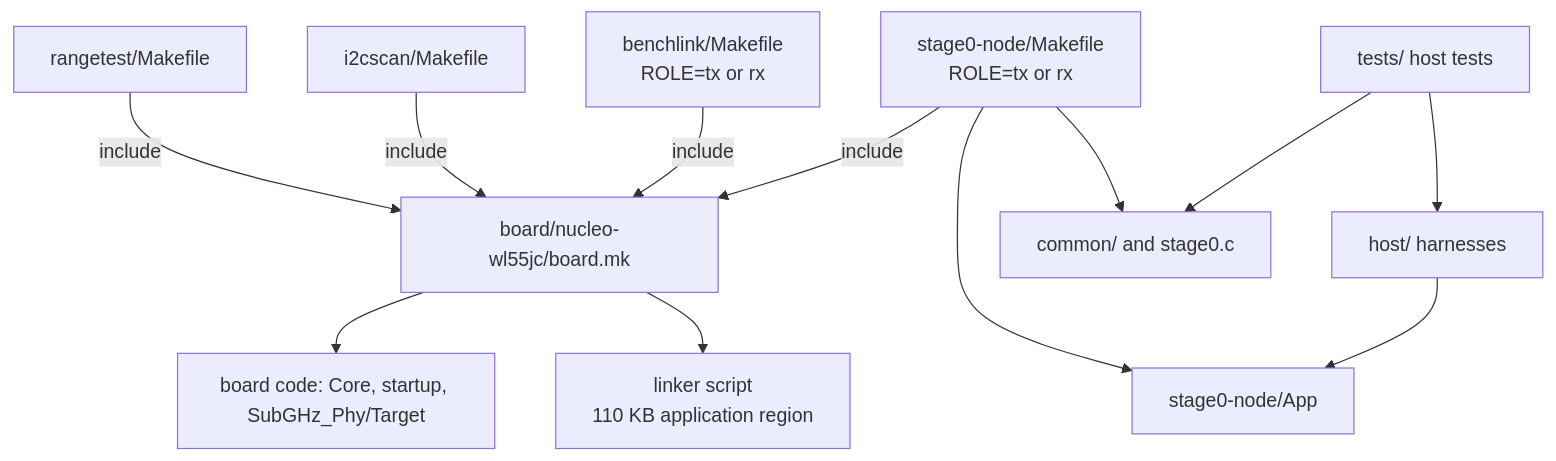
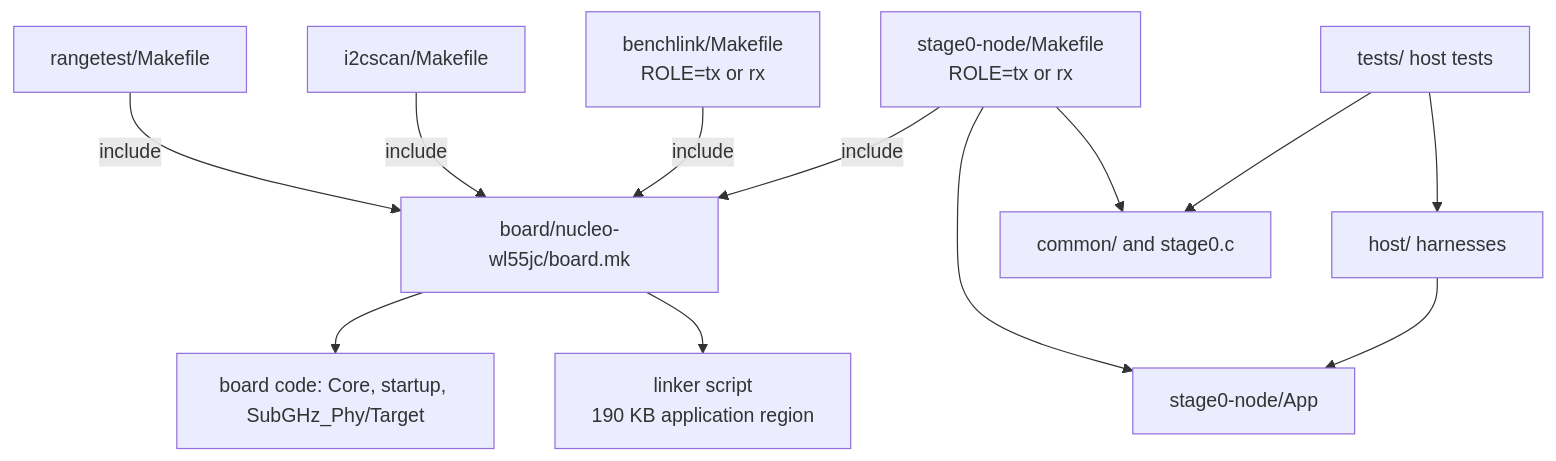
One commit to clintecker/weather-station-2026 changed the diagram in firmware/README.md. Above: the diagram before and after it, drawn with Mermaid. The commit also changed other lines of this file and 26 other files, not shown here.

````diff
--- a/firmware/README.md
+++ b/firmware/README.md
@@ -21,14 +21,14 @@
 ```mermaid
 flowchart TD
   NM["stage0-node/Makefile<br/>ROLE=tx or rx"] -->|"include"| BMK["board/nucleo-wl55jc/board.mk"]
   RM["rangetest/Makefile"] -->|"include"| BMK
   IM["i2cscan/Makefile"] -->|"include"| BMK
   BLM["benchlink/Makefile<br/>ROLE=tx or rx"] -->|"include"| BMK
   BMK --> BC["board code: Core, startup, SubGHz_Phy/Target"]
-  BMK --> LD["linker script<br/>110 KB application region"]
+  BMK --> LD["linker script<br/>190 KB application region"]
   NM --> APP["stage0-node/App"]
   NM --> COM["common/ and stage0.c"]
   TESTS["tests/ host tests"] --> COM
   TESTS --> HOST["host/ harnesses"]
   HOST --> APP
 ```
````
